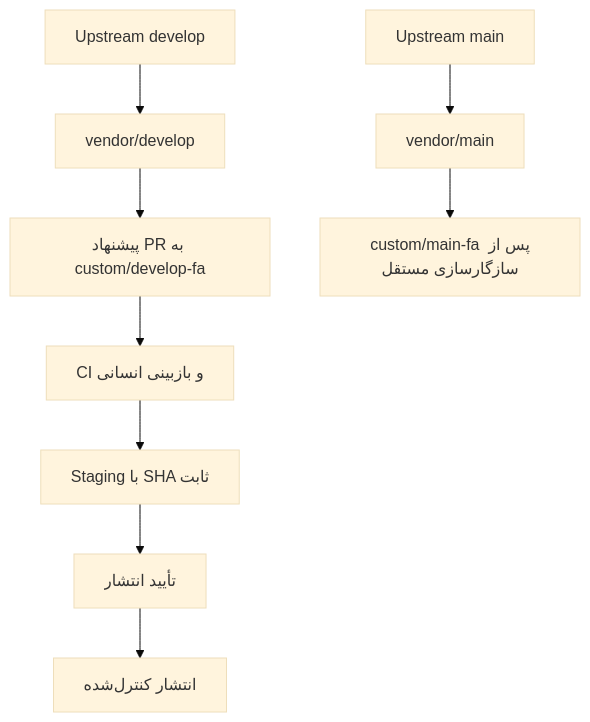
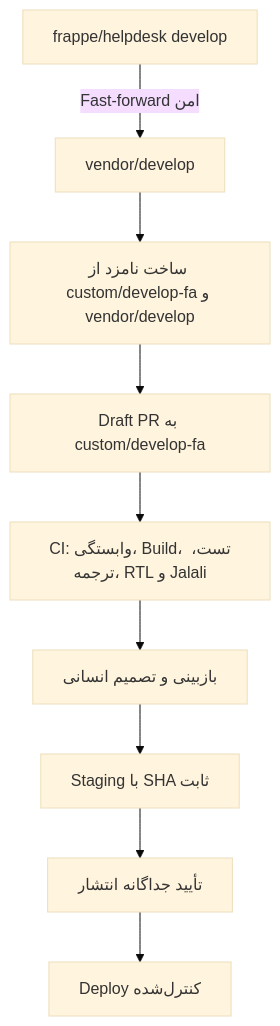
One commit to shahinesi/helpdesk-persian changed the diagram in docs/architecture/branch-strategy-fa.md. Above: the diagram before and after it, drawn with Mermaid (base theme). The commit also changed other lines of this file and 19 other files, not shown here.

Commit message:
fix(ci): pin Frappe 17 sources and build cleanly

````diff
--- a/docs/architecture/branch-strategy-fa.md
+++ b/docs/architecture/branch-strategy-fa.md
@@ -29,11 +23,11 @@
 ```mermaid
 flowchart TD
-  U1[Upstream main] --> V1[vendor/main]
-  U2[Upstream develop] --> V2[vendor/develop]
-  V2 --> P2[پیشنهاد PR به custom/develop-fa]
-  P2 --> C2[CI و بازبینی انسانی]
-  C2 --> S2[Staging با SHA ثابت]
-  S2 --> A[تأیید انتشار]
-  A --> D[انتشار کنترل‌شده]
-  V1 --> P1[custom/main-fa پس از سازگارسازی مستقل]
+  U[frappe/helpdesk develop] -->|Fast-forward امن| V[vendor/develop]
+  V --> C[ساخت نامزد از custom/develop-fa و vendor/develop]
+  C --> P[Draft PR به custom/develop-fa]
+  P --> Q[CI: وابستگی، Build، تست، ترجمه، RTL و Jalali]
+  Q --> H[بازبینی و تصمیم انسانی]
+  H --> S[Staging با SHA ثابت]
+  S --> A[تأیید جداگانه انتشار]
+  A --> D[Deploy کنترل‌شده]
 ```
````
